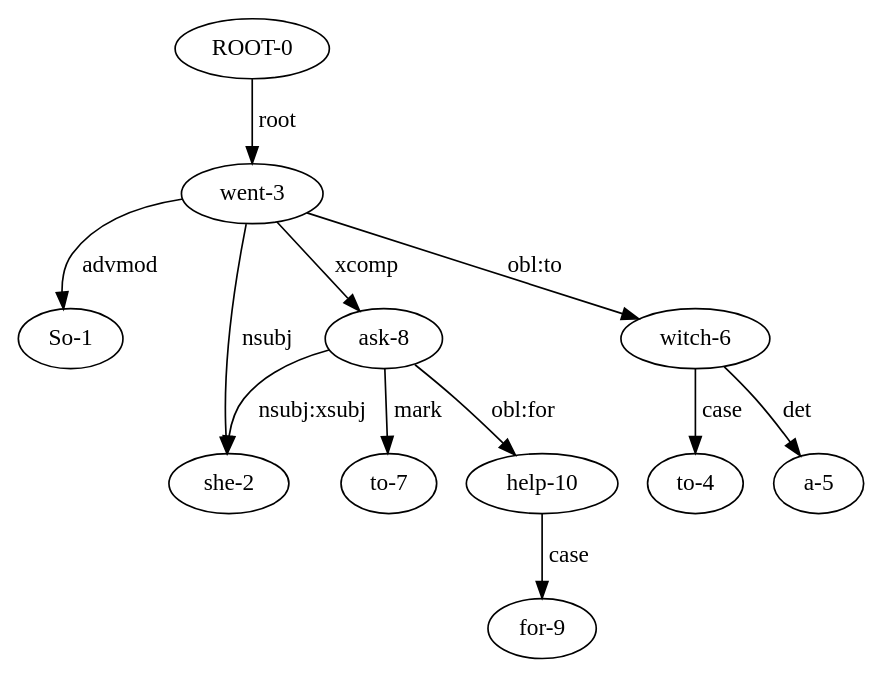
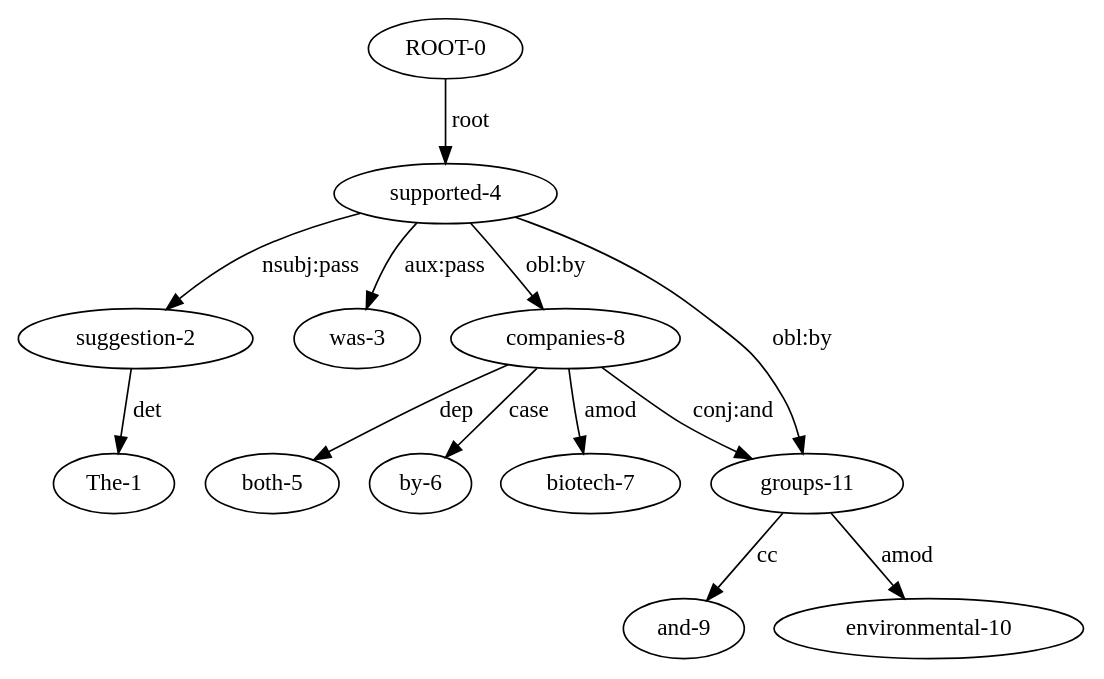
Before and after one commit to aosirisj/english-nal: the diagram in arboles/parsed/1.dot, drawn with Graphviz. The commit also changed 18 other files, not shown here.

```diff
--- a/arboles/parsed/1.dot
+++ b/arboles/parsed/1.dot
@@ -1,1 +1,1 @@
-digraph{"went-3" -> "So-1" [label="advmod",len=1.00];"went-3" -> "she-2" [label="nsubj",len=1.00];"ask-8" -> "she-2" [label="nsubj:xsubj",len=1.00];"ROOT-0" -> "went-3" [label="root",len=1.00];"witch-6" -> "to-4" [label="case",len=1.00];"witch-6" -> "a-5" [label="det",len=1.00];"went-3" -> "witch-6" [label="obl:to",len=1.00];"ask-8" -> "to-7" [label="mark",len=1.00];"went-3" -> "ask-8" [label="xcomp",len=1.00];"help-10" -> "for-9" [label="case",len=1.00];"ask-8" -> "help-10" [label="obl:for",len=1.00];} 
+digraph{"suggestion-2" -> "The-1" [label="det",len=1.00];"supported-4" -> "suggestion-2" [label="nsubj:pass",len=1.00];"supported-4" -> "was-3" [label="aux:pass",len=1.00];"ROOT-0" -> "supported-4" [label="root",len=1.00];"companies-8" -> "both-5" [label="dep",len=1.00];"companies-8" -> "by-6" [label="case",len=1.00];"companies-8" -> "biotech-7" [label="amod",len=1.00];"supported-4" -> "companies-8" [label="obl:by",len=1.00];"groups-11" -> "and-9" [label="cc",len=1.00];"groups-11" -> "environmental-10" [label="amod",len=1.00];"supported-4" -> "groups-11" [label="obl:by",len=1.00];"companies-8" -> "groups-11" [label="conj:and",len=1.00];} 
```
